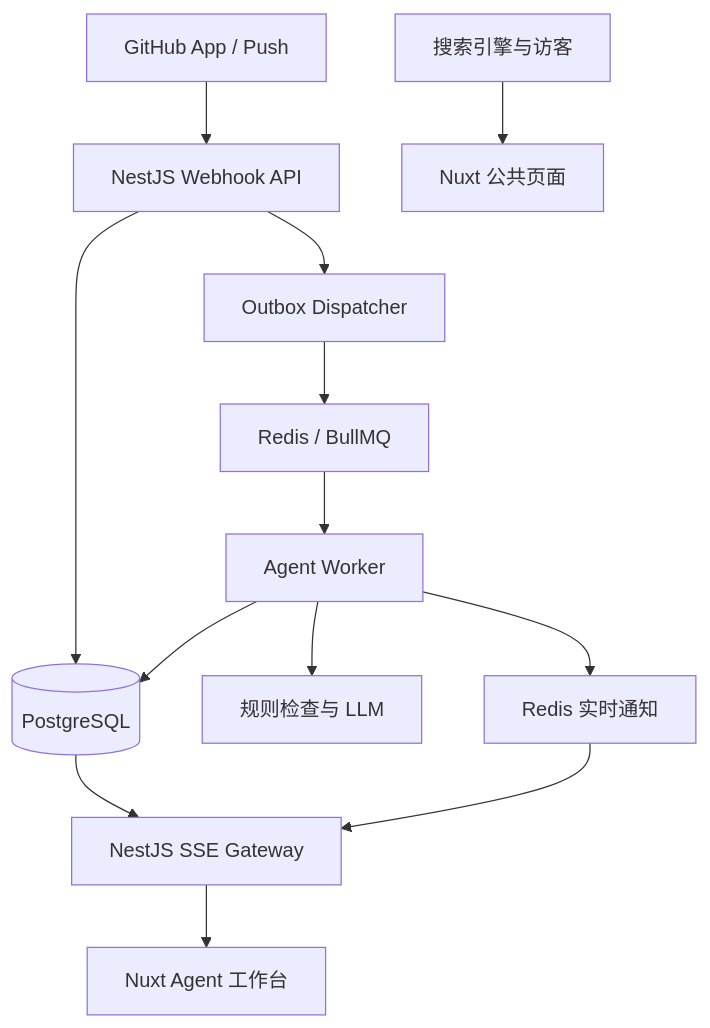
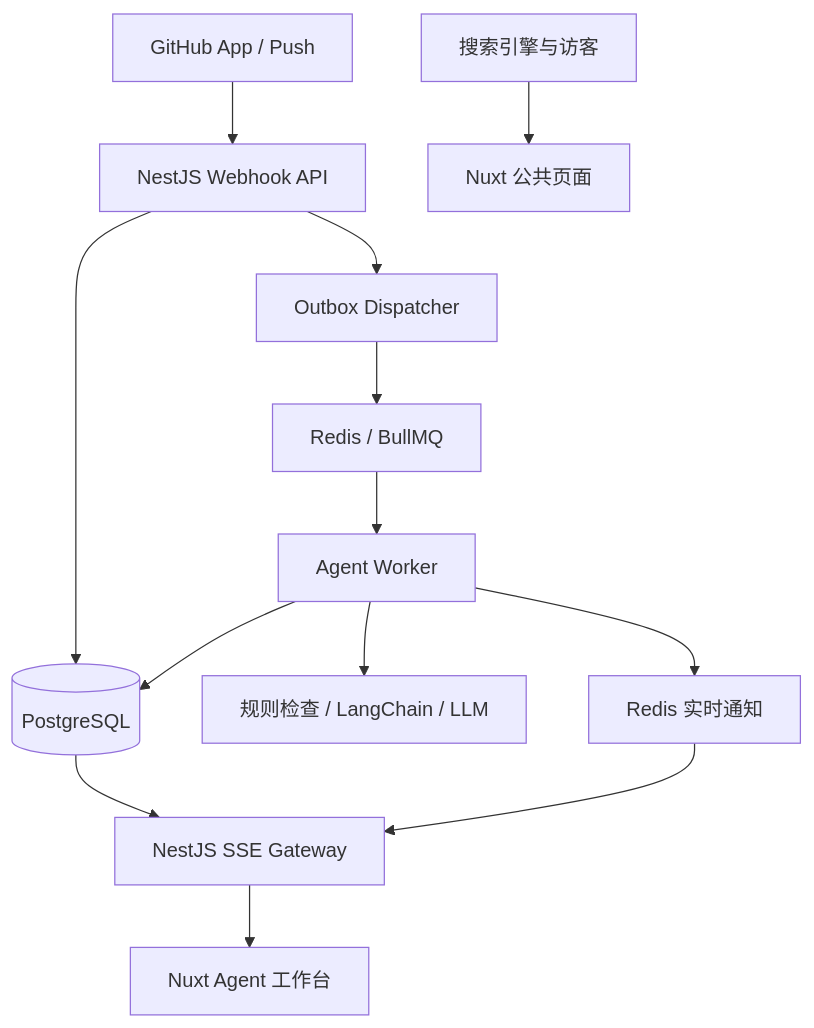
The third of 3 diagrams in docs/KnowledgeOps-Agent-9月求职版PRD.md (Gerden31145/KnowledgeOps-Agent), drawn with Mermaid before and after one commit. The commit also changed other lines of this file and 12 other files, not shown here.

````diff
--- a/docs/KnowledgeOps-Agent-9月求职版PRD.md
+++ b/docs/KnowledgeOps-Agent-9月求职版PRD.md
@@ -475,15 +499,15 @@
 ```mermaid
 flowchart TD
     A[GitHub App / Push] --> B[NestJS Webhook API]
     B --> C[(PostgreSQL)]
     B --> D[Outbox Dispatcher]
     D --> E[Redis / BullMQ]
     E --> F[Agent Worker]
-    F --> G[规则检查与 LLM]
+    F --> G[规则检查 / LangChain / LLM]
     F --> C
     F --> H[Redis 实时通知]
     C --> I[NestJS SSE Gateway]
     H --> I
     I --> J[Nuxt Agent 工作台]
     K[搜索引擎与访客] --> L[Nuxt 公共页面]
 ```
````
